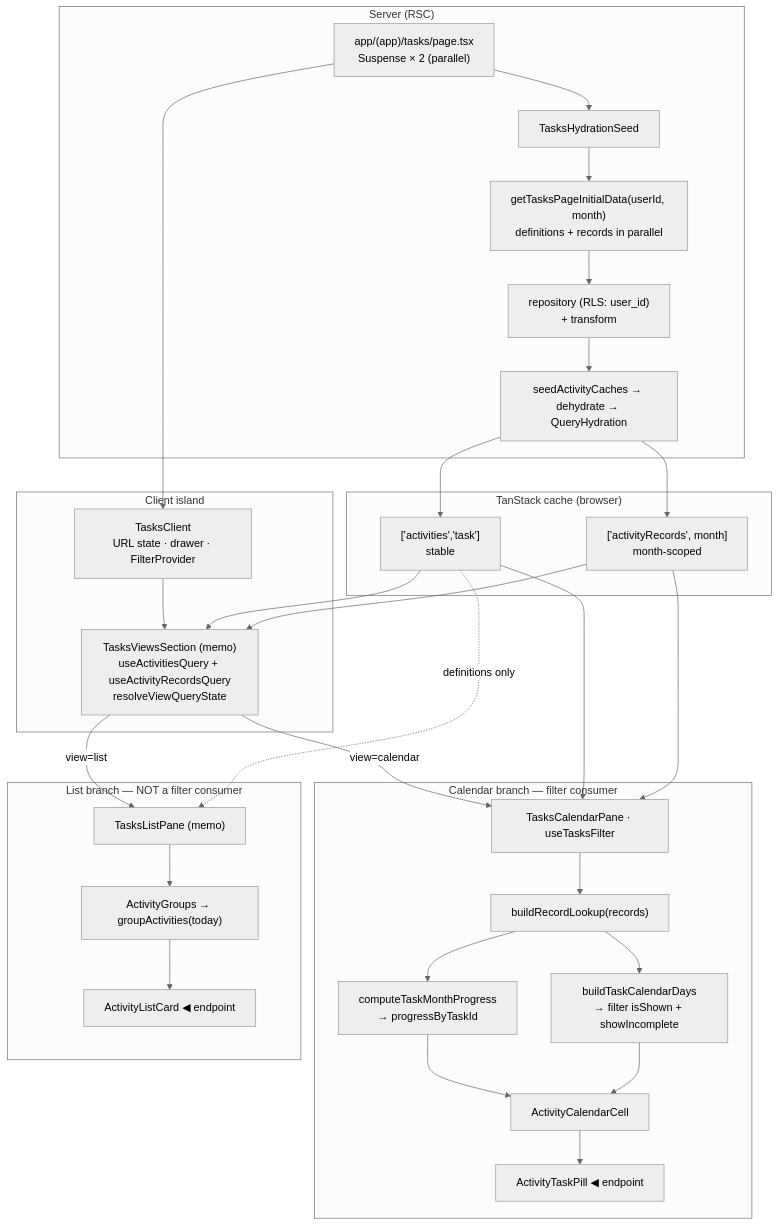
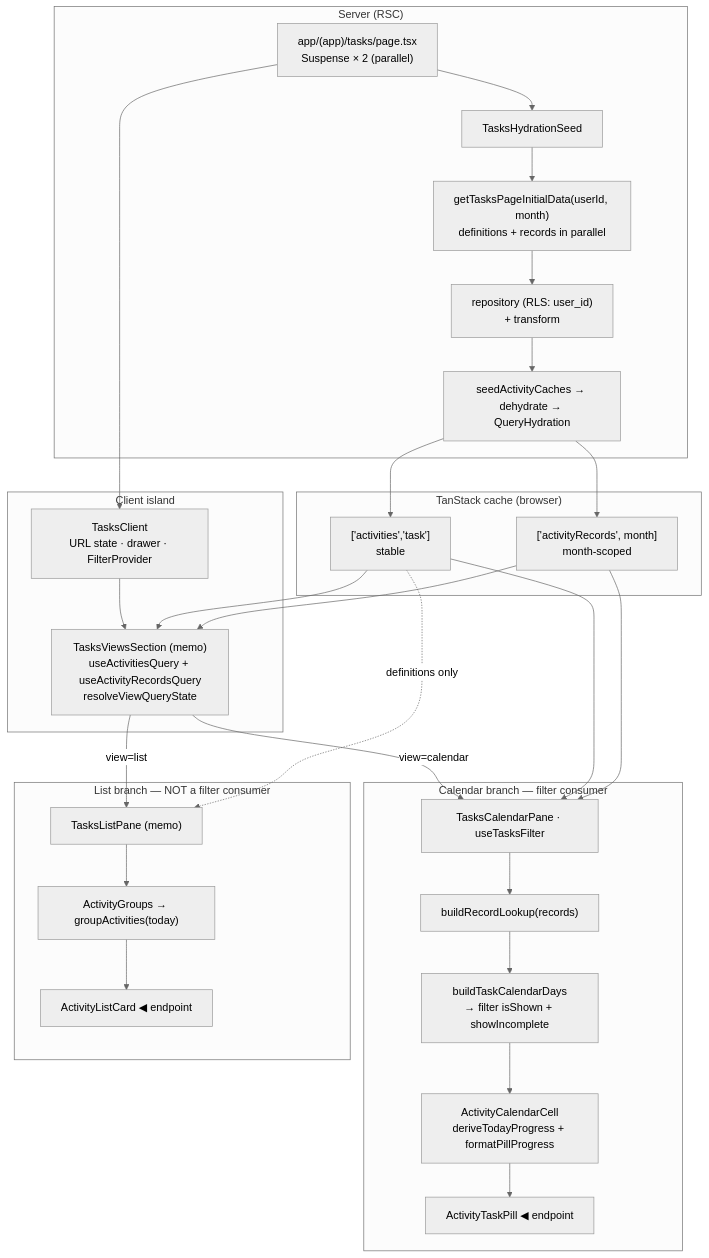
One commit to SheriffKoder/MindFree-notes-tasks-tracker changed the diagram in views/tasks/docs/data-flow.md. Above: the diagram before and after it, drawn with Mermaid (neutral theme). The commit also changed other lines of this file and 7 other files, not shown here.

First line of the commit message:
feat(activity): show day progress values on calendar pills

````diff
--- a/views/tasks/docs/data-flow.md
+++ b/views/tasks/docs/data-flow.md
@@ -13,53 +13,51 @@
 ```mermaid
 flowchart TD
   subgraph SRV["Server (RSC)"]
     Page["app/(app)/tasks/page.tsx<br/>Suspense × 2 (parallel)"]
     Seed["TasksHydrationSeed"]
     Init["getTasksPageInitialData(userId, month)<br/>definitions + records in parallel"]
     Repo["repository (RLS: user_id)<br/>+ transform"]
     Hyd["seedActivityCaches → dehydrate → QueryHydration"]
   end
 
   subgraph CACHE["TanStack cache (browser)"]
     Defs["['activities','task']<br/>stable"]
     Recs["['activityRecords', month]<br/>month-scoped"]
   end
 
   subgraph CLI["Client island"]
     TC["TasksClient<br/>URL state · drawer · FilterProvider"]
     VS["TasksViewsSection (memo)<br/>useActivitiesQuery + useActivityRecordsQuery<br/>resolveViewQueryState"]
   end
 
   subgraph CAL["Calendar branch — filter consumer"]
     CP["TasksCalendarPane · useTasksFilter"]
     LK["buildRecordLookup(records)"]
-    PR["computeTaskMonthProgress<br/>→ progressByTaskId"]
     DY["buildTaskCalendarDays<br/>→ filter isShown + showIncomplete"]
-    CELL["ActivityCalendarCell"]
+    CELL["ActivityCalendarCell<br/>deriveTodayProgress + formatPillProgress"]
     PILL["ActivityTaskPill ◀ endpoint"]
   end
 
   subgraph LST["List branch — NOT a filter consumer"]
     LP["TasksListPane (memo)"]
     GRP["ActivityGroups → groupActivities(today)"]
     CARD["ActivityListCard ◀ endpoint"]
   end
 
   Page --> Seed --> Init --> Repo --> Hyd
   Page --> TC
   Hyd --> Defs
   Hyd --> Recs
   TC --> VS
   Defs --> VS
   Recs --> VS
   VS -->|view=calendar| CP
   VS -->|view=list| LP
 
-  CP --> LK --> PR --> CELL
-  LK --> DY --> CELL --> PILL
+  CP --> LK --> DY --> CELL --> PILL
   Defs --> CP
   Recs --> CP
 
   LP --> GRP --> CARD
   Defs -. definitions only .-> LP
 ```
````
